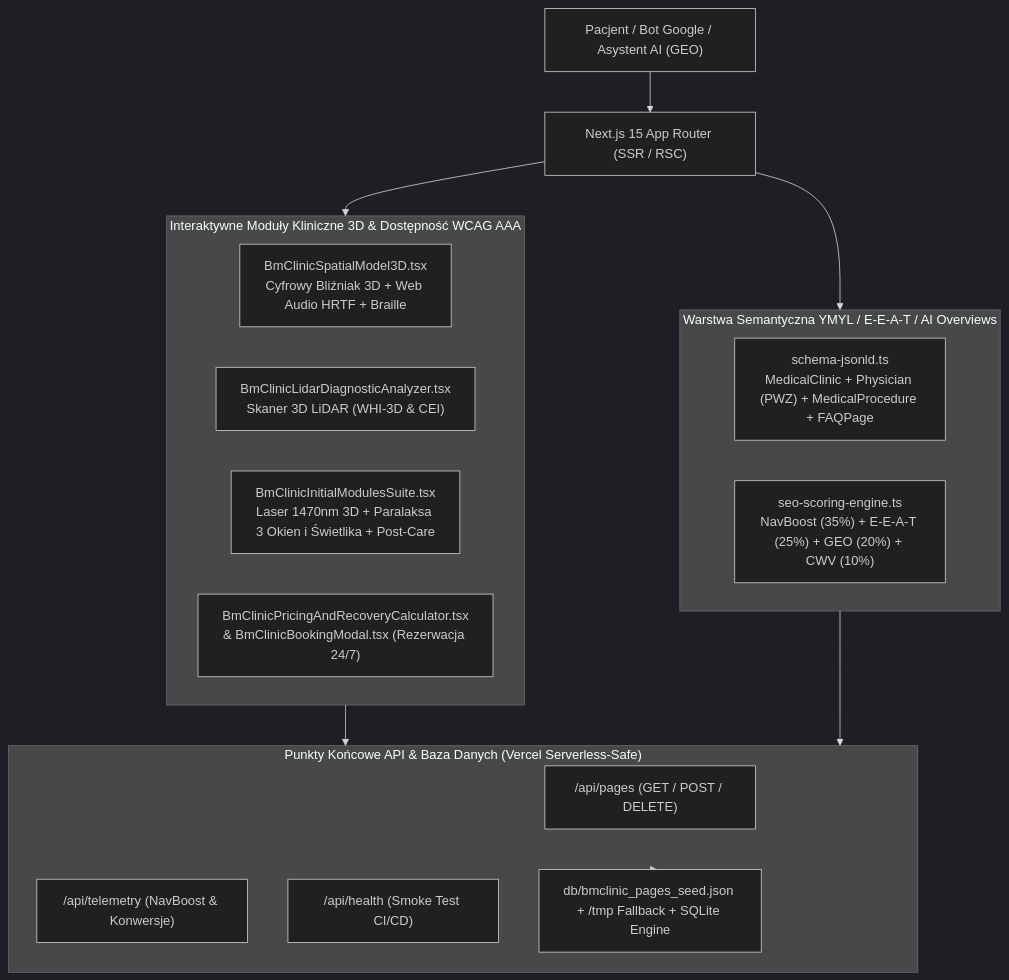
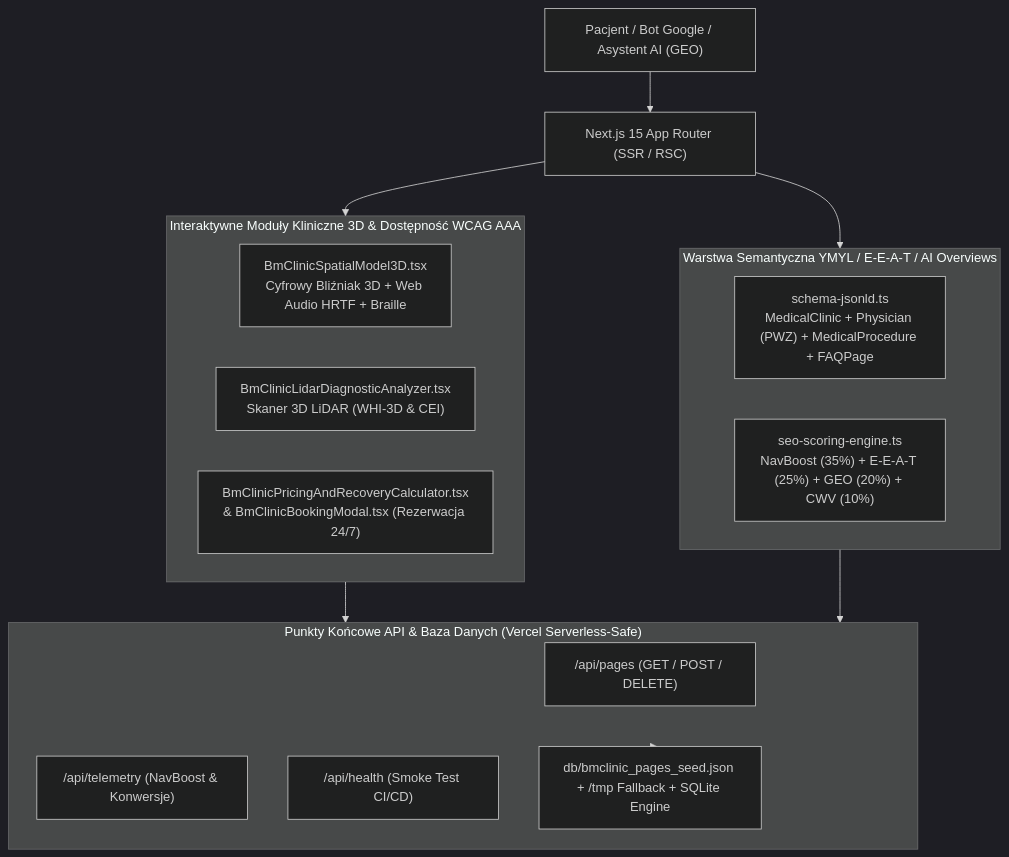
The diagram in README.md (teraj-stack/bmclinic.co), drawn with Mermaid (dark theme) before and after one commit. The commit also changed other lines of this file and 2 other files, not shown here.

Commit message:
revert: remove merged initial modules suite from home page (restore ad85a56 layout)

````diff
--- a/README.md
+++ b/README.md
@@ -29,29 +28,28 @@
 ```mermaid
 flowchart TD
     User["Pacjent / Bot Google / Asystent AI (GEO)"] --> AppRouter["Next.js 15 App Router (SSR / RSC)"]
 
     subgraph Frontend3D["Interaktywne Moduły Kliniczne 3D & Dostępność WCAG AAA"]
         Spatial3D["BmClinicSpatialModel3D.tsx\nCyfrowy Bliźniak 3D + Web Audio HRTF + Braille"]
         Lidar3D["BmClinicLidarDiagnosticAnalyzer.tsx\nSkaner 3D LiDAR (WHI-3D & CEI)"]
-        LaserParallax["BmClinicInitialModulesSuite.tsx\nLaser 1470nm 3D + Paralaksa 3 Okien i Świetlika + Post-Care"]
         CalcBooking["BmClinicPricingAndRecoveryCalculator.tsx\n& BmClinicBookingModal.tsx (Rezerwacja 24/7)"]
     end
 
     subgraph SEOLayer["Warstwa Semantyczna YMYL / E-E-A-T / AI Overviews"]
         JsonLD["schema-jsonld.ts\nMedicalClinic + Physician (PWZ) + MedicalProcedure + FAQPage"]
         Scorer["seo-scoring-engine.ts\nNavBoost (35%) + E-E-A-T (25%) + GEO (20%) + CWV (10%)"]
     end
 
     subgraph ServerlessAPI["Punkty Końcowe API & Baza Danych (Vercel Serverless-Safe)"]
         ApiPages["/api/pages (GET / POST / DELETE)"]
         ApiTelemetry["/api/telemetry (NavBoost & Konwersje)"]
         ApiHealth["/api/health (Smoke Test CI/CD)"]
         Storage["db/bmclinic_pages_seed.json + /tmp Fallback + SQLite Engine"]
     end
 
     AppRouter --> Frontend3D
     AppRouter --> SEOLayer
     Frontend3D --> ServerlessAPI
     SEOLayer --> ServerlessAPI
     ServerlessAPI --> Storage
 ```
````
